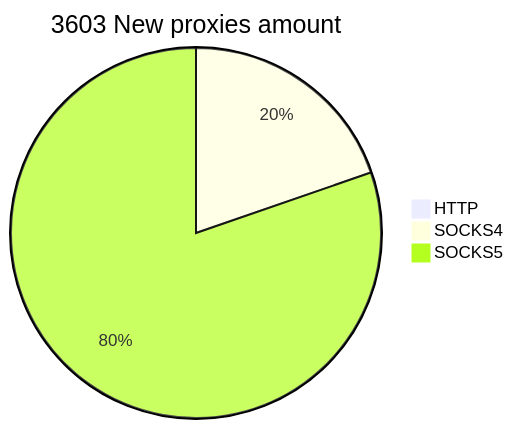
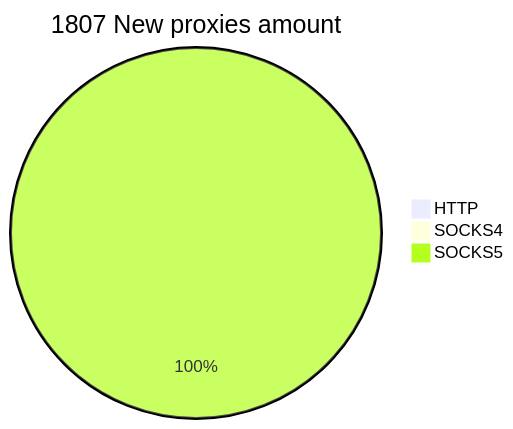
One commit to cutipu/proxylist changed the second of 2 diagrams in README.md. Above: the diagram before and after it, drawn with Mermaid. The commit also changed other lines of this file, not shown here.

````diff
--- a/README.md
+++ b/README.md
@@ -10,6 +10,6 @@
 ```mermaid
-pie title 3603 New proxies amount
-    "HTTP" : 25
-    "SOCKS4" : 705
-    "SOCKS5" : 2873
+pie title 1807 New proxies amount
+    "HTTP" : 0
+    "SOCKS4" : 1
+    "SOCKS5" : 1806
 ```
````
